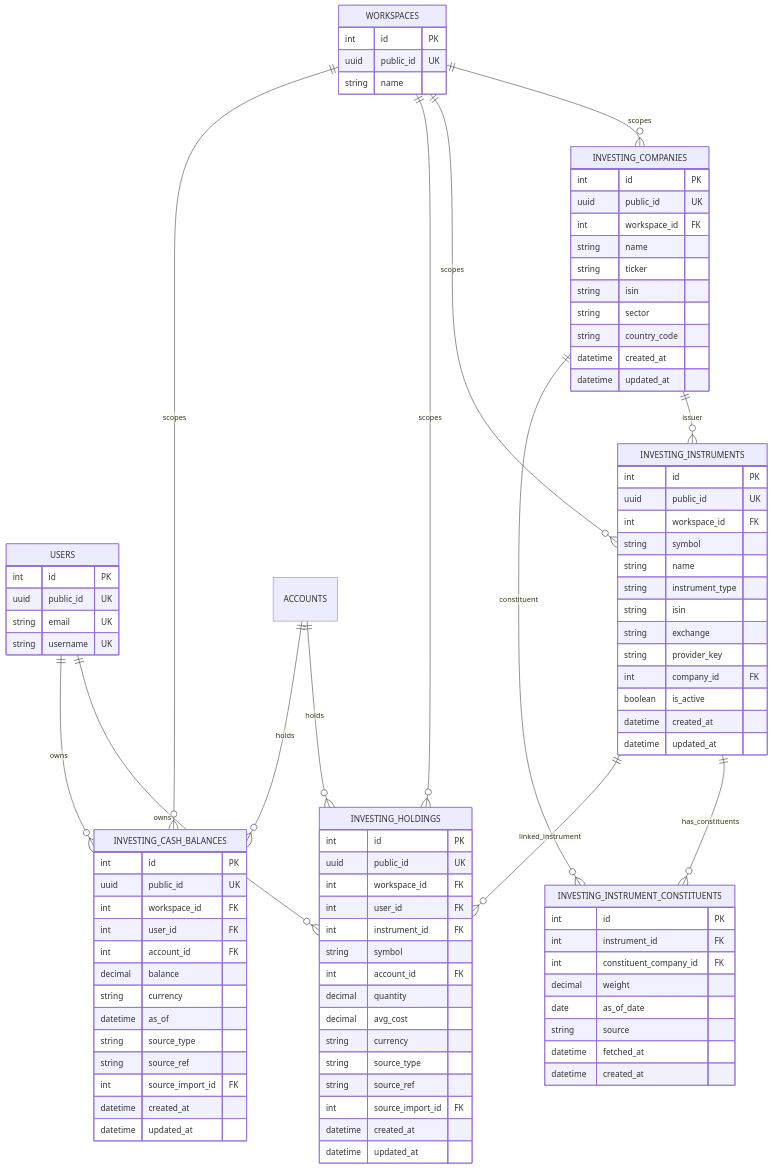
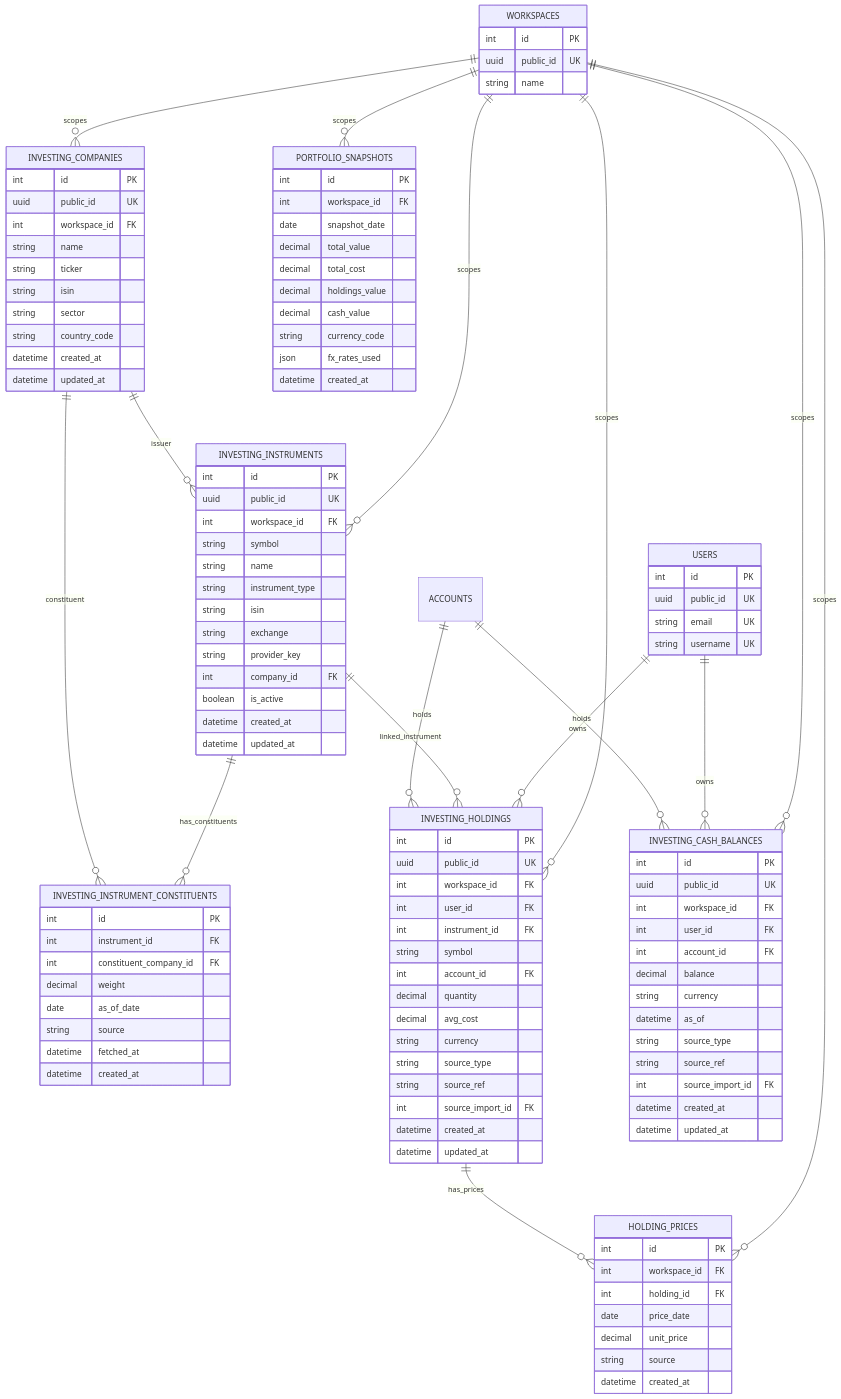
The sixth of 7 diagrams in docs/ERD.md (sajankp/lifestack-api), drawn with Mermaid before and after one commit. The commit also changed other lines of this file and 7 other files, not shown here.

Commit message:
fix(security): address remaining architecture audit security issues (SEC-M3, PyJWT, market prices, ERD drift)

````diff
--- a/docs/ERD.md
+++ b/docs/ERD.md
@@ -423,6 +457,29 @@
         datetime updated_at
     }
 
+    HOLDING_PRICES {
+        int id PK
+        int workspace_id FK
+        int holding_id FK
+        date price_date
+        decimal unit_price
+        string source
+        datetime created_at
+    }
+
+    PORTFOLIO_SNAPSHOTS {
+        int id PK
+        int workspace_id FK
+        date snapshot_date
+        decimal total_value
+        decimal total_cost
+        decimal holdings_value
+        decimal cash_value
+        string currency_code
+        json fx_rates_used
+        datetime created_at
+    }
+
     WORKSPACES ||--o{ INVESTING_COMPANIES : scopes
     WORKSPACES ||--o{ INVESTING_INSTRUMENTS : scopes
     INVESTING_COMPANIES ||--o{ INVESTING_INSTRUMENTS : issuer
@@ -435,4 +492,7 @@
     USERS ||--o{ INVESTING_CASH_BALANCES : owns
     ACCOUNTS ||--o{ INVESTING_HOLDINGS : holds
     ACCOUNTS ||--o{ INVESTING_CASH_BALANCES : holds
+    WORKSPACES ||--o{ HOLDING_PRICES : scopes
+    INVESTING_HOLDINGS ||--o{ HOLDING_PRICES : has_prices
+    WORKSPACES ||--o{ PORTFOLIO_SNAPSHOTS : scopes
 ```
````
